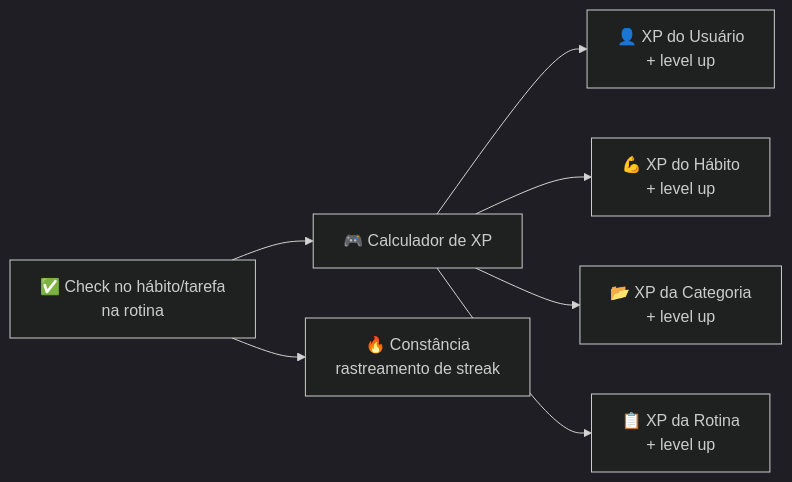
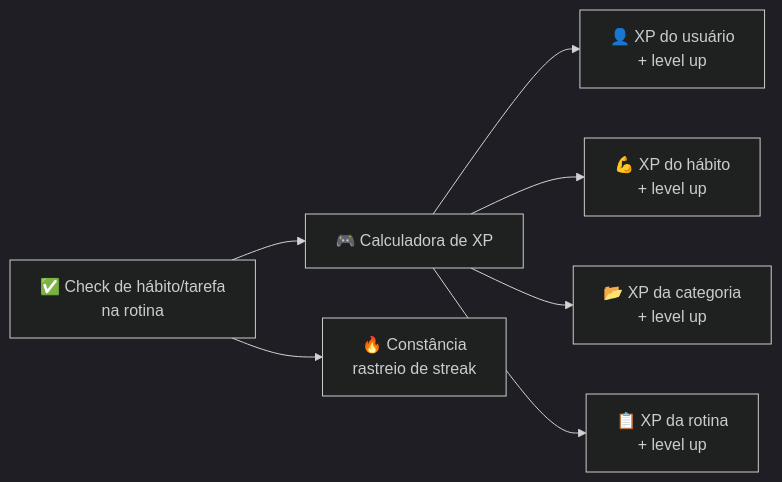
One commit to AndDev741/Beyou-arch-design changed the fifth of 5 diagrams in architecture/overview/pt.md. Above: the diagram before and after it, drawn with Mermaid (dark theme). The commit also changed other lines of this file and 3 other files, not shown here.

First line of the commit message:
docs(architecture): rewrite the overview around the production stack

````diff
--- a/architecture/overview/pt.md
+++ b/architecture/overview/pt.md
@@ -176,9 +182,9 @@
 ```mermaid
 flowchart LR
-  ACT["✅ Check no hábito/tarefa<br/>na rotina"] --> XP["🎮 Calculador de XP"]
-  XP --> UXP["👤 XP do Usuário<br/>+ level up"]
-  XP --> HXP["💪 XP do Hábito<br/>+ level up"]
-  XP --> CXP["📂 XP da Categoria<br/>+ level up"]
-  XP --> RXP["📋 XP da Rotina<br/>+ level up"]
-  ACT --> STR["🔥 Constância<br/>rastreamento de streak"]
+  ACT["✅ Check de hábito/tarefa<br/>na rotina"] --> XP["🎮 Calculadora de XP"]
+  XP --> UXP["👤 XP do usuário<br/>+ level up"]
+  XP --> HXP["💪 XP do hábito<br/>+ level up"]
+  XP --> CXP["📂 XP da categoria<br/>+ level up"]
+  XP --> RXP["📋 XP da rotina<br/>+ level up"]
+  ACT --> STR["🔥 Constância<br/>rastreio de streak"]
 ```
````
